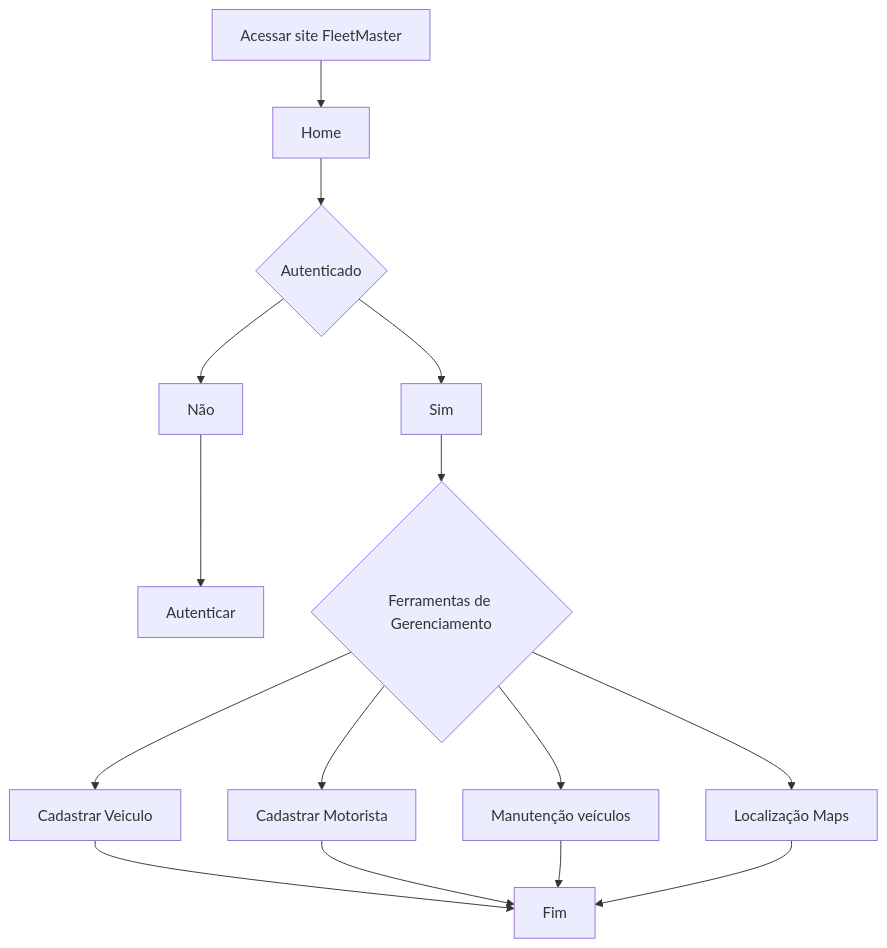
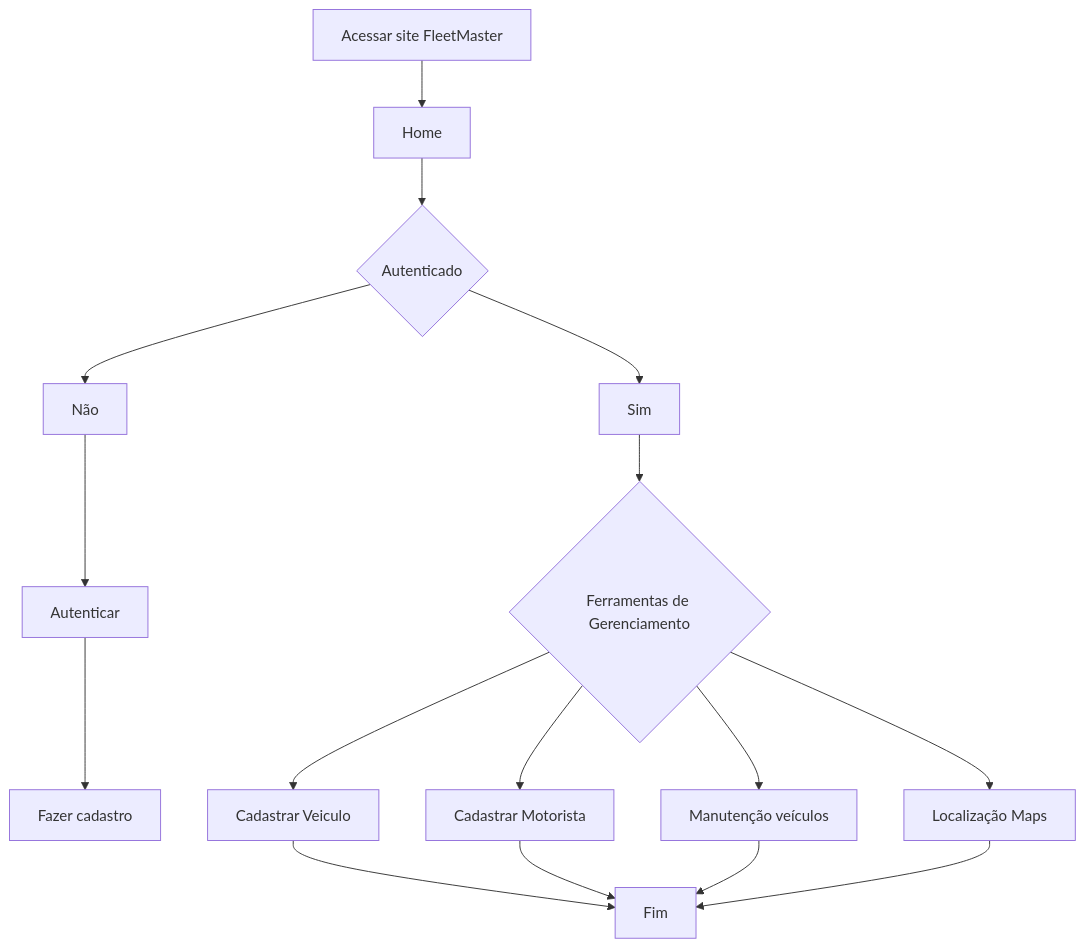
One commit to RafaelRF99/documentacao-devsfreela changed the diagram in scriptsDiagrams/atividade.mmd. Above: the diagram before and after it, drawn with Mermaid. The commit also changed 7 other files, not shown here.

```diff
--- a/scriptsDiagrams/atividade.mmd
+++ b/scriptsDiagrams/atividade.mmd
@@ -1,18 +1,19 @@
 flowchart TD
     acessarSite[Acessar site FleetMaster] --> home[Home]
     home --> autenticado{Autenticado}
     autenticado --> sim[Sim]
     autenticado --> nao[Não]
 
     nao --> cadastro[Autenticar]
+    cadastro --> fazerCadastro[Fazer cadastro]
 
     sim --> ferramentasGerenciamento{Ferramentas de Gerenciamento}
     ferramentasGerenciamento --> cadastrarVei[Cadastrar Veiculo]
     ferramentasGerenciamento --> cadastrarMot[Cadastrar Motorista]
     ferramentasGerenciamento --> manutencao[Manutenção veículos]
     ferramentasGerenciamento --> localizacao[Localização Maps]
 
     cadastrarVei --> fim[Fim]
     cadastrarMot --> fim[Fim]
     manutencao --> fim[Fim]
     localizacao --> fim[Fim]
```
